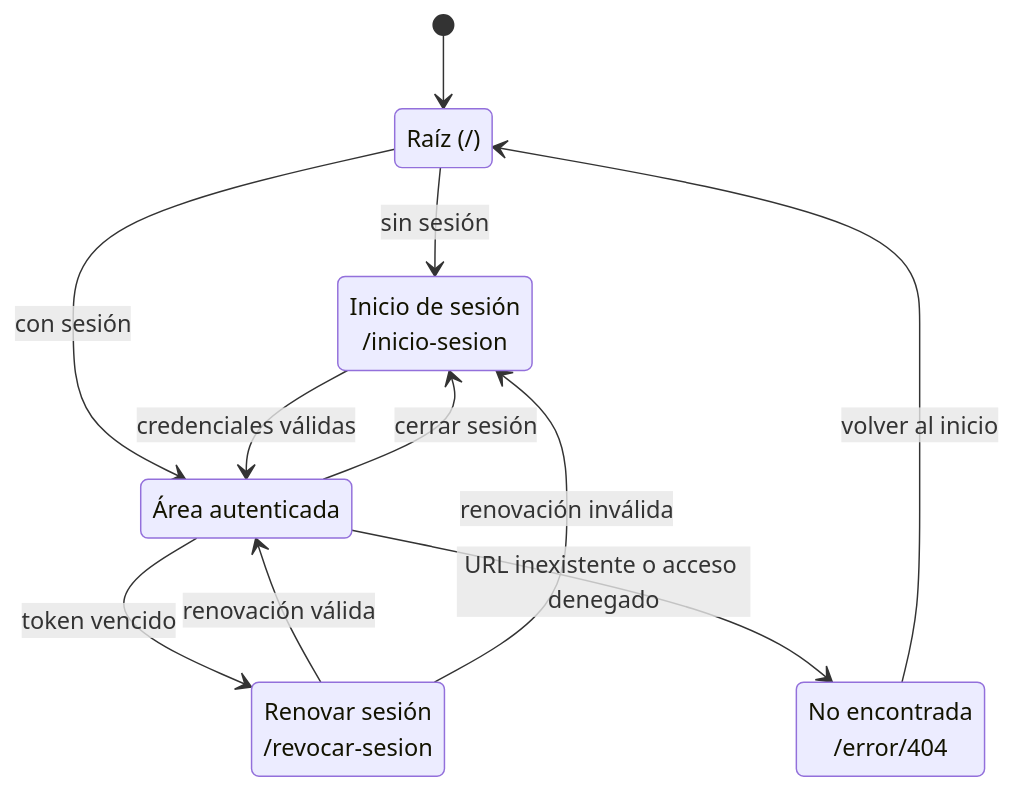
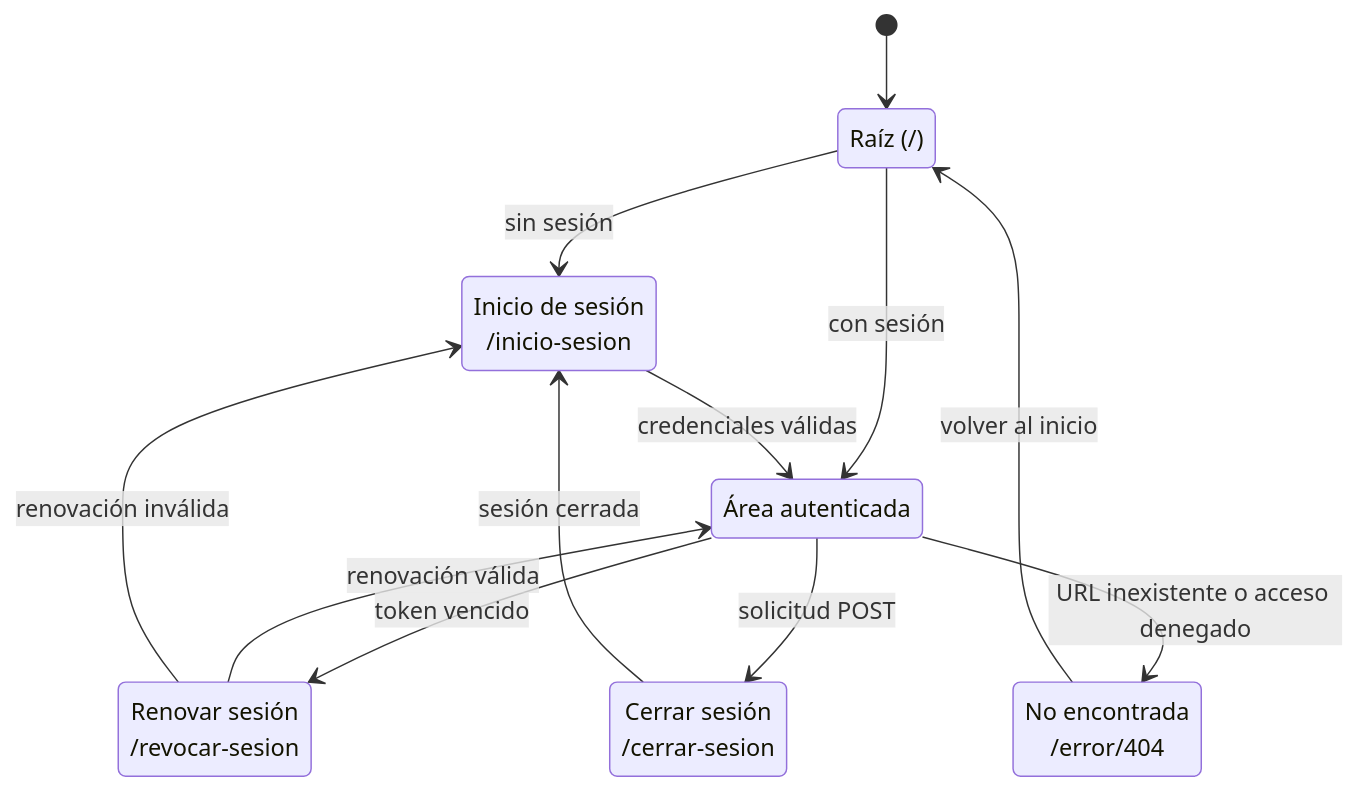
Before and after one commit to gpgsistemas01/nexus: the first of 3 diagrams in docs/architecture/views/scenarios/web-navigation-and-screen-catalog/02-map-visual-of-navigation.md, drawn with Mermaid. The commit also changed other lines of this file and 1 other file, not shown here.

````diff
--- a/docs/architecture/views/scenarios/web-navigation-and-screen-catalog/02-map-visual-of-navigation.md
+++ b/docs/architecture/views/scenarios/web-navigation-and-screen-catalog/02-map-visual-of-navigation.md
@@ -20,19 +22,21 @@
 ```mermaid
 stateDiagram-v2
     [*] --> Root
     state "Raíz (/)" as Root
     state "Inicio de sesión<br/>/inicio-sesion" as Login
     state "Área autenticada" as Authenticated
     state "Renovar sesión<br/>/revocar-sesion" as Refresh
+    state "Cerrar sesión<br/>/cerrar-sesion" as Logout
     state "No encontrada<br/>/error/404" as NotFound
 
     Root --> Login: sin sesión
     Root --> Authenticated: con sesión
     Login --> Authenticated: credenciales válidas
     Authenticated --> Refresh: token vencido
     Refresh --> Authenticated: renovación válida
     Refresh --> Login: renovación inválida
-    Authenticated --> Login: cerrar sesión
+    Authenticated --> Logout: solicitud POST
+    Logout --> Login: sesión cerrada
     Authenticated --> NotFound: URL inexistente o acceso denegado
     NotFound --> Root: volver al inicio
 ```
````
